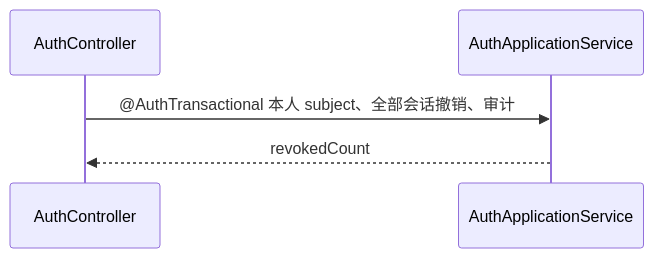
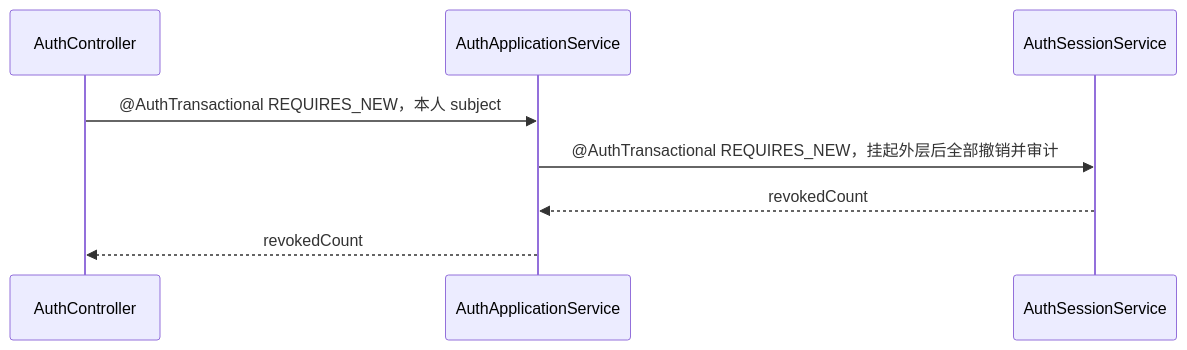
One commit to Kylinlixd/suno changed diagram 14 of 42 in docs/requirements/identity.md. Above: the diagram before and after it, drawn with Mermaid. The commit also changed other lines of this file and 2 other files, not shown here.

Commit message:
docs: clarify identity and operations transaction flows

````diff
--- a/docs/requirements/identity.md
+++ b/docs/requirements/identity.md
@@ -134,7 +140,10 @@
 ```mermaid
 sequenceDiagram
   participant C as AuthController#revokeAll
   participant A as AuthApplicationService#revokeAllSessions
-  C->>A: @AuthTransactional 本人 subject、全部会话撤销、审计
+  participant S as AuthSessionService#revokeAllSessions
+  C->>A: @AuthTransactional REQUIRES_NEW，本人 subject
+  A->>S: @AuthTransactional REQUIRES_NEW，挂起外层后全部撤销并审计
+  S-->>A: revokedCount
   A-->>C: revokedCount
 ```
````
